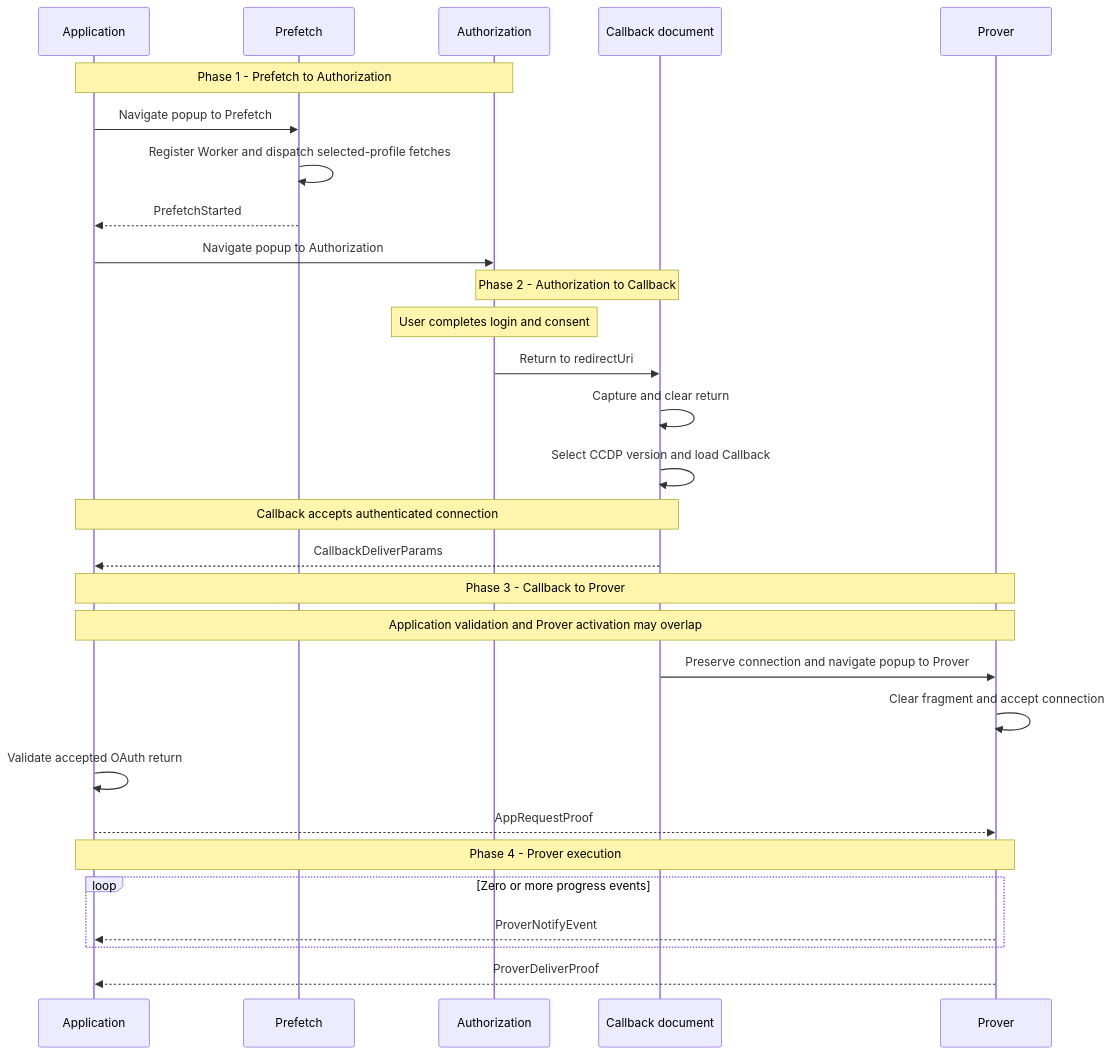
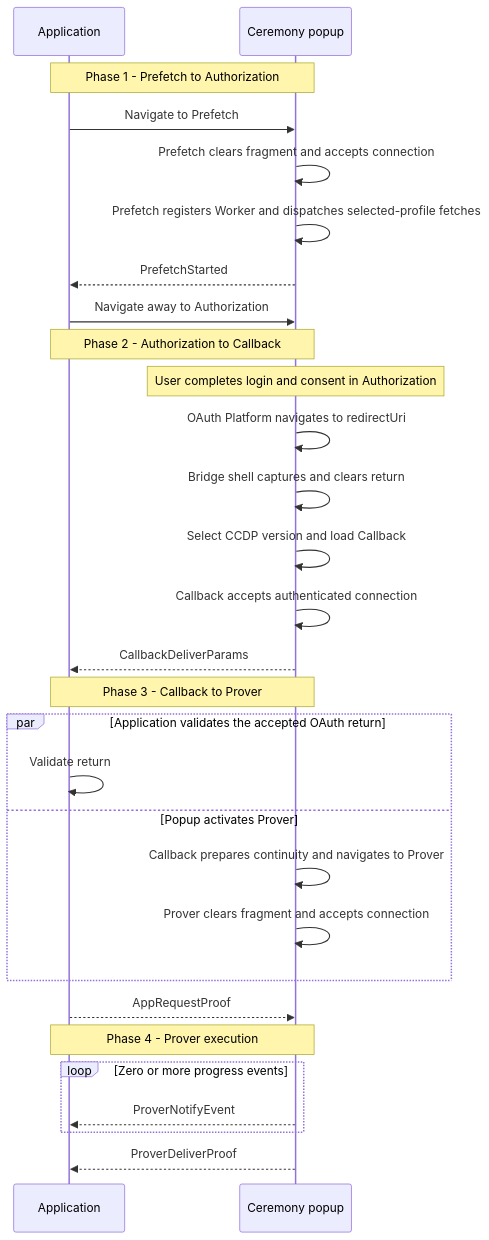
One commit to libid-org/libid changed the diagram in ts/packages/ceremony/CCDP.md. Above: the diagram before and after it, drawn with Mermaid. The commit also changed other lines of this file, not shown here.

Commit message:
docs(ccdp): focus sequence on popup lifecycle

````diff
--- a/ts/packages/ceremony/CCDP.md
+++ b/ts/packages/ceremony/CCDP.md
@@ -436,35 +439,35 @@
 ```mermaid
 sequenceDiagram
     participant A as Application
-    participant F as Prefetch
-    participant O as Authorization
-    participant C as Callback document
-    participant P as Prover
+    participant P as Ceremony popup
 
-    Note over A,O: Phase 1 - Prefetch to Authorization
-    A->>F: Navigate popup to Prefetch
-    F->>F: Register Worker and dispatch selected-profile fetches
-    F-->>A: PrefetchStarted
-    A->>O: Navigate popup to Authorization
+    Note over A,P: Phase 1 - Prefetch to Authorization
+    A->>P: Navigate to Prefetch
+    P->>P: Prefetch clears fragment and accepts connection
+    P->>P: Prefetch registers Worker and dispatches selected-profile fetches
+    P-->>A: PrefetchStarted
+    A->>P: Navigate away to Authorization
 
-    Note over O,C: Phase 2 - Authorization to Callback
-    Note over O: User completes login and consent
-    O->>C: Return to redirectUri
-    C->>C: Capture and clear return
-    C->>C: Select CCDP version and load Callback
-    Note over A,C: Callback accepts authenticated connection
-    C-->>A: CallbackDeliverParams
+    Note over A,P: Phase 2 - Authorization to Callback
+    Note over P: User completes login and consent in Authorization
+    P->>P: OAuth Platform navigates to redirectUri
+    P->>P: Bridge shell captures and clears return
+    P->>P: Select CCDP version and load Callback
+    P->>P: Callback accepts authenticated connection
+    P-->>A: CallbackDeliverParams
 
     Note over A,P: Phase 3 - Callback to Prover
-    Note over A,P: Application validation and Prover activation may overlap
-    C->>P: Preserve connection and navigate popup to Prover
-    P->>P: Clear fragment and accept connection
-    A->>A: Validate accepted OAuth return
+    par Application validates the accepted OAuth return
+        A->>A: Validate return
+    and Popup activates Prover
+        P->>P: Callback prepares continuity and navigates to Prover
+        P->>P: Prover clears fragment and accepts connection
+    end
     A-->>P: AppRequestProof
 
     Note over A,P: Phase 4 - Prover execution
     loop Zero or more progress events
         P-->>A: ProverNotifyEvent
     end
     P-->>A: ProverDeliverProof
 ```
````
